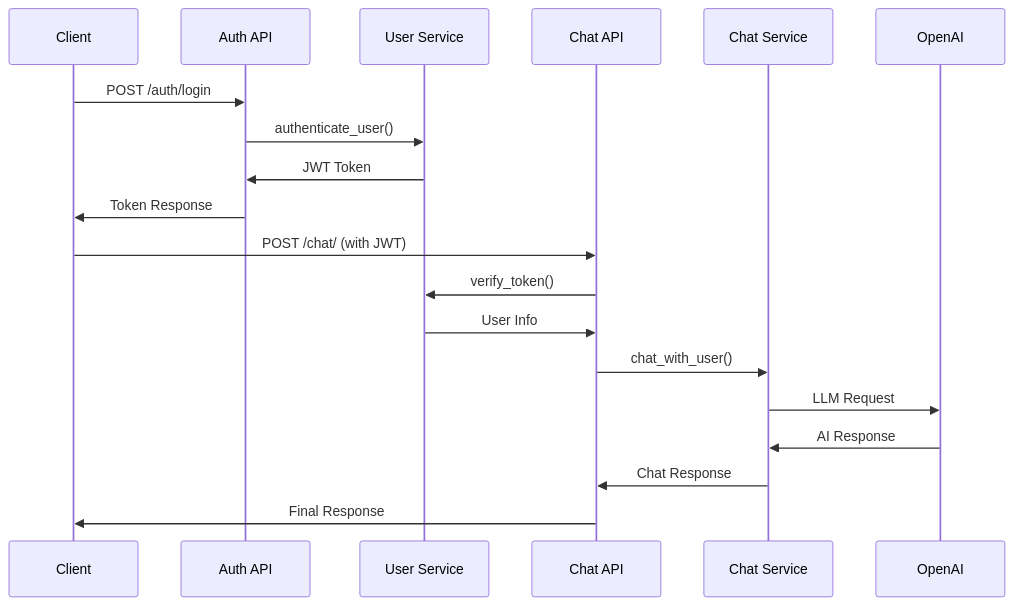
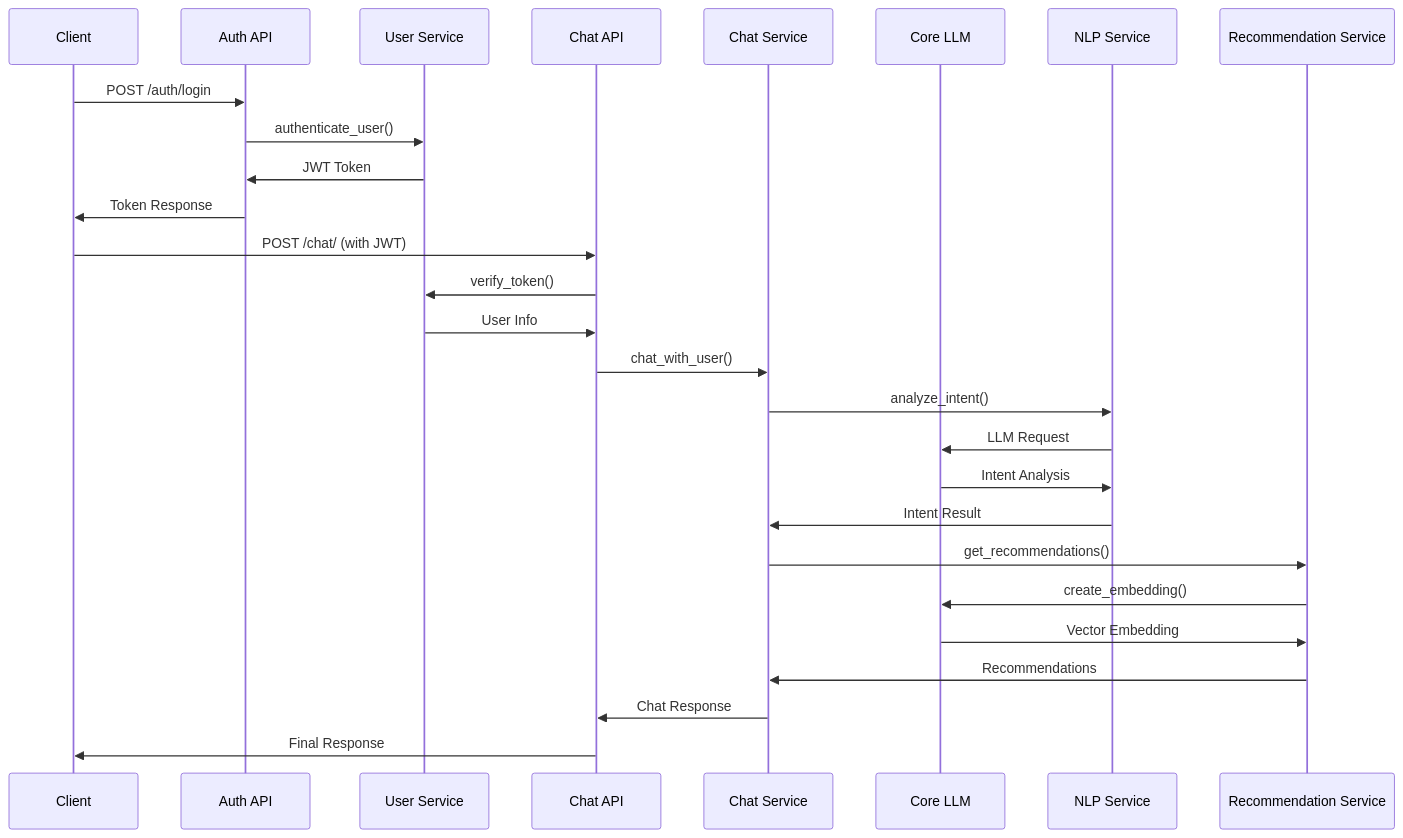
One commit to darams4863/escape-room-with-ai changed the first of 2 diagrams in README.md. Above: the diagram before and after it, drawn with Mermaid. The commit also changed other lines of this file, not shown here.

Commit message:
fix: README.md > llm.py 추가

````diff
--- a/README.md
+++ b/README.md
@@ -64,23 +76,31 @@
 ```mermaid
 sequenceDiagram
     participant C as Client
     participant A as Auth API
     participant U as User Service
     participant Ch as Chat API
     participant CS as Chat Service
-    participant AI as OpenAI
+    participant LLM as Core LLM
+    participant NLP as NLP Service
+    participant R as Recommendation Service
 
     C->>A: POST /auth/login
     A->>U: authenticate_user()
     U->>A: JWT Token
     A->>C: Token Response
 
     C->>Ch: POST /chat/ (with JWT)
     Ch->>U: verify_token()
     U->>Ch: User Info
     Ch->>CS: chat_with_user()
-    CS->>AI: LLM Request
-    AI->>CS: AI Response
+    CS->>NLP: analyze_intent()
+    NLP->>LLM: LLM Request
+    LLM->>NLP: Intent Analysis
+    NLP->>CS: Intent Result
+    CS->>R: get_recommendations()
+    R->>LLM: create_embedding()
+    LLM->>R: Vector Embedding
+    R->>CS: Recommendations
     CS->>Ch: Chat Response
     Ch->>C: Final Response
 ```
````
